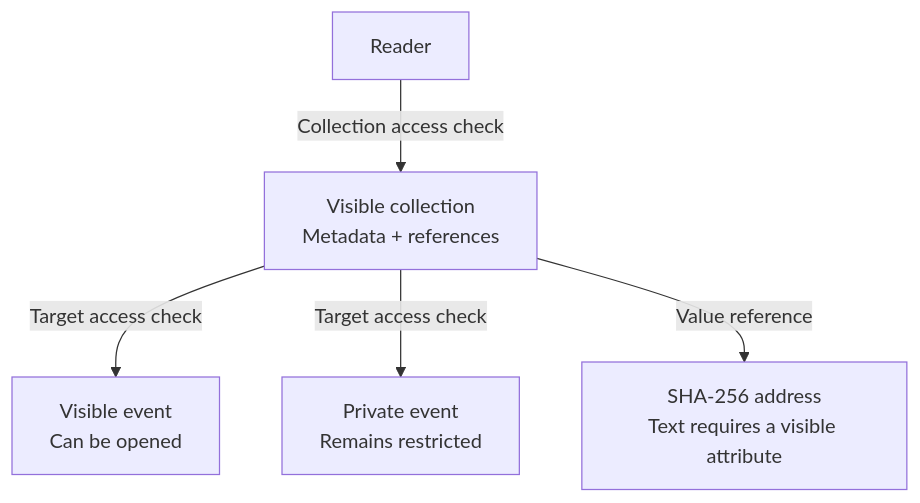
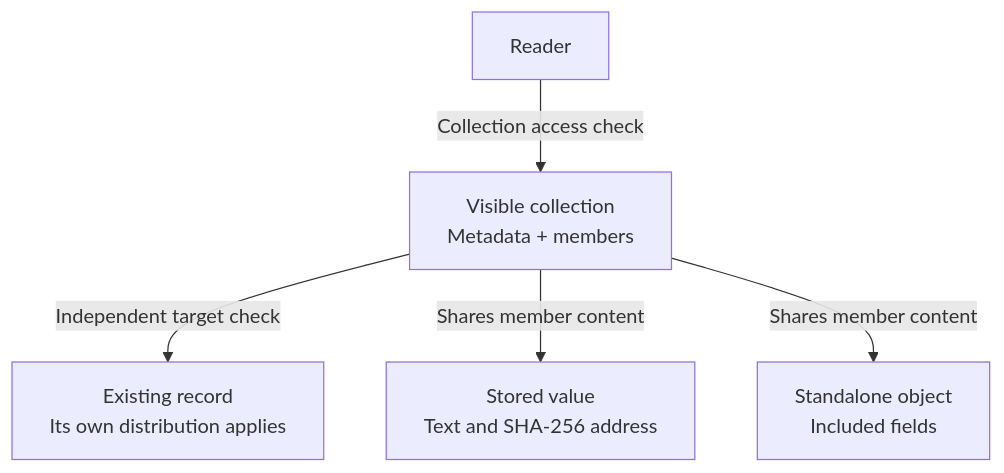
The diagram in collections/figures/collection-access.mmd (MISP/misp-book), drawn with Mermaid before and after one commit. The commit also changed 32 other files, not shown here.

Commit message:
docs: align collection workspaces and saved graphs with MISP 3.0

```diff
--- a/collections/figures/collection-access.mmd
+++ b/collections/figures/collection-access.mmd
@@ -1,9 +1,9 @@
 flowchart TB
-  accTitle: A collection references intelligence without widening access to it
-  accDescr: A reader first needs access to the collection and its list of references. Each target is checked independently. A visible event can be opened; a private event remains restricted. An attribute value reference uses a SHA-256 address; the value text resolves only through an attribute visible to that reader. Sharing the collection does not grant access to its targets.
-  R["Reader"] -->|"Collection access check"| C["Visible collection<br/>Metadata + references"]
-  C -->|"Target access check"| E["Visible event<br/>Can be opened"]
-  C -->|"Target access check"| P["Private event<br/>Remains restricted"]
-  C -->|"Value reference"| V["SHA-256 address<br/>Text requires a visible attribute"]
-  class R,C,E accent;
-  class P,V caution;
+  accTitle: Collection access and member visibility
+  accDescr: A reader's access to a collection lets them see its metadata and member information. An existing event has its own access check. Value text stored with a member and the fields of a standalone object are available to the collection's audience.
+  R["Reader"] -->|"Collection access check"| C["Visible collection<br/>Metadata + members"]
+  C -->|"Independent target check"| E["Existing record<br/>Its own distribution applies"]
+  C -->|"Shares member content"| V["Stored value<br/>Text and SHA-256 address"]
+  C -->|"Shares member content"| O["Standalone object<br/>Included fields"]
+  class R,C accent;
+  class E,V,O caution;
```
